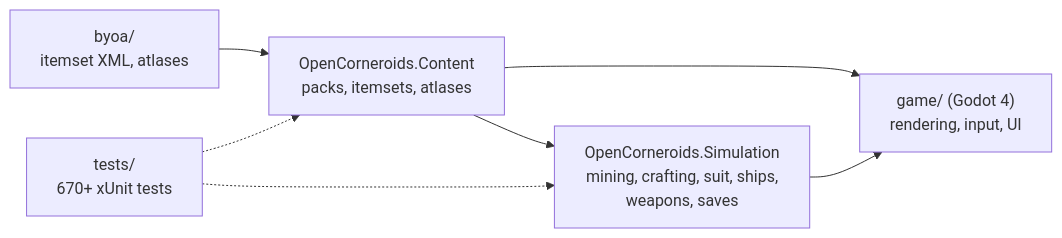
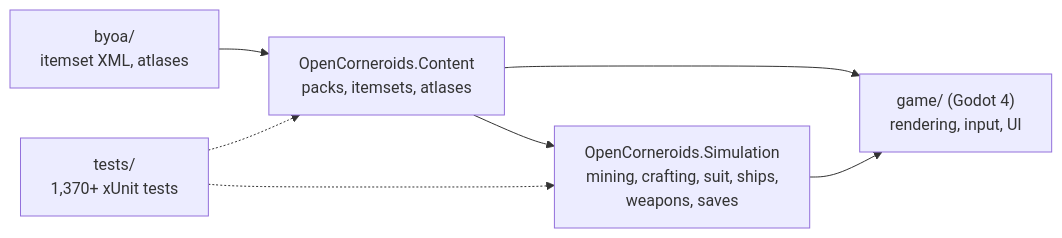
One commit to olekkut/open-corneroids changed the diagram in README.md. Above: the diagram before and after it, drawn with Mermaid. The commit also changed other lines of this file and 29 other files, not shown here.

````diff
--- a/README.md
+++ b/README.md
@@ -128,9 +133,9 @@
 ```mermaid
 flowchart LR
     byoa["byoa/<br/>itemset XML, atlases"] --> content["OpenCorneroids.Content<br/>packs, itemsets, atlases"]
     content --> sim["OpenCorneroids.Simulation<br/>mining, crafting, suit, ships,<br/>weapons, saves"]
     content --> game["game/ (Godot 4)<br/>rendering, input, UI"]
     sim --> game
-    tests["tests/<br/>670+ xUnit tests"] -.-> content
+    tests["tests/<br/>1,370+ xUnit tests"] -.-> content
     tests -.-> sim
 ```
````
